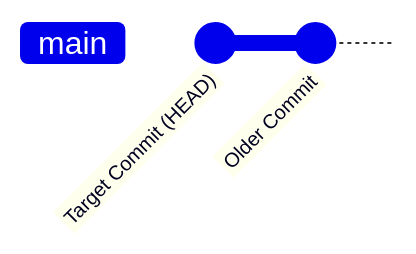
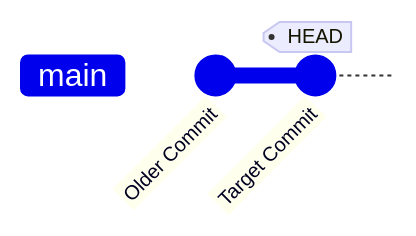
Before and after one commit to Yoad-Duani/personal_notes: the fifth of 7 diagrams in docs/git/understanding-undo-time-traveling.md, drawn with Mermaid. The commit also changed other lines of this file and 4 other files, not shown here.

````diff
--- a/docs/git/understanding-undo-time-traveling.md
+++ b/docs/git/understanding-undo-time-traveling.md
@@ -163,5 +167,6 @@
 ```mermaid
 gitGraph
-    commit id: "Target Commit (HEAD)"
     commit id: "Older Commit"
+    commit id: "Target Commit" tag: "HEAD"
+
 ```
````
